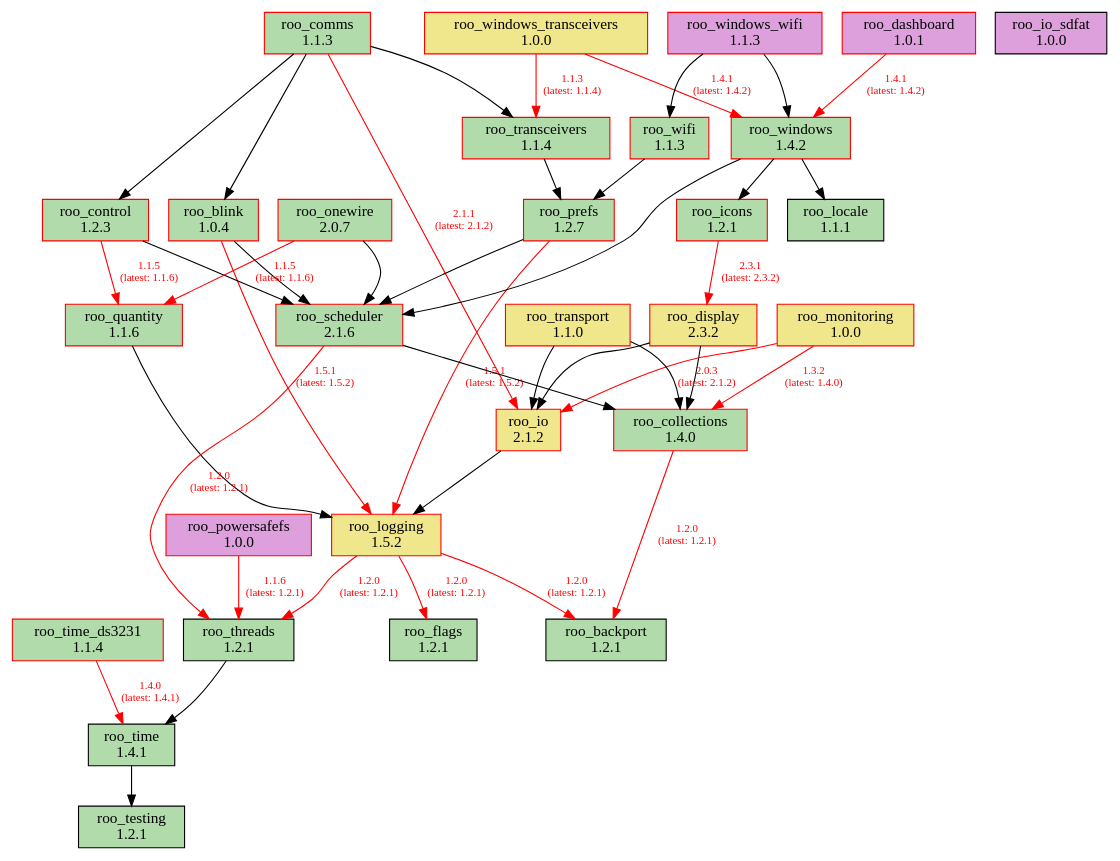
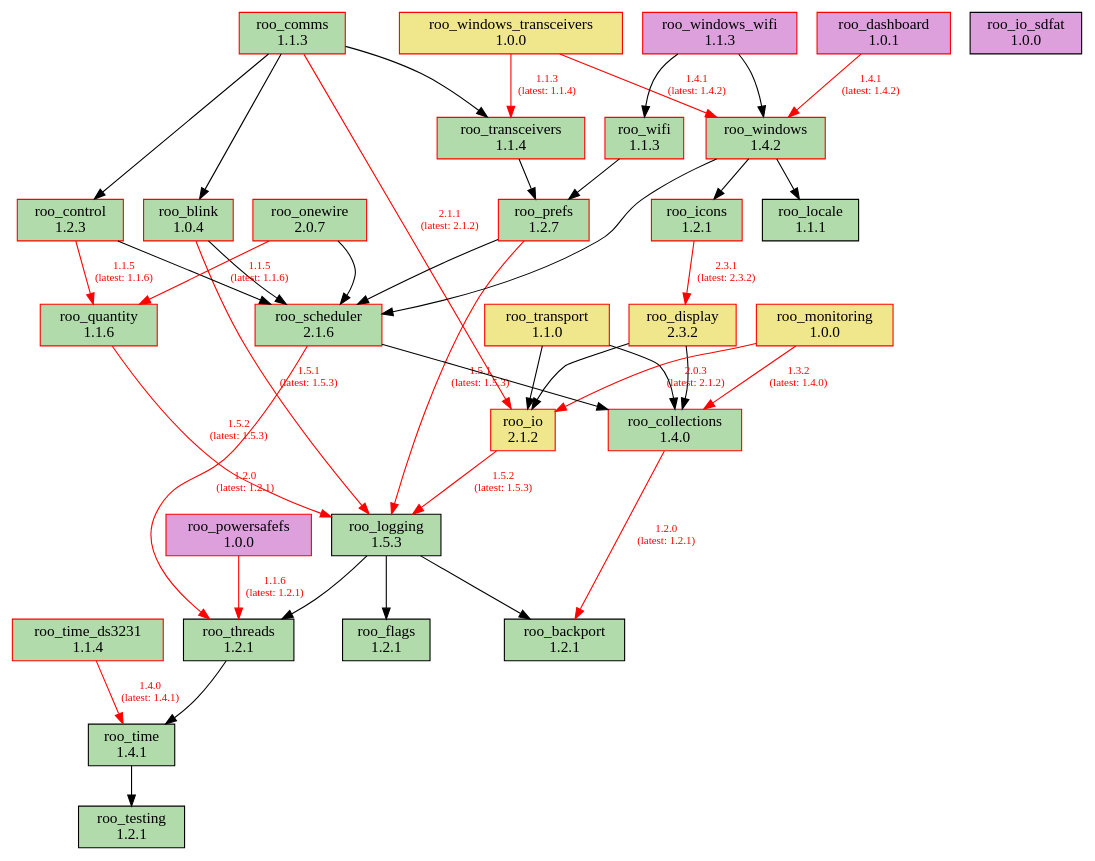
The diagram in doc/dependencies.dot (dejwk/roo-registry), drawn with Graphviz before and after one commit. The commit also changed 3 other files, not shown here.

Commit message:
Added roo_logging 1.5.3 to the registry.

```diff
--- a/doc/dependencies.dot
+++ b/doc/dependencies.dot
@@ -1,79 +1,79 @@
 digraph dependencies {
     rankdir=TB;
     node [shape=box, style=filled];
     edge [fontsize=10];
 
     // Modules
     "roo_backport" [label="roo_backport\n1.2.1", fillcolor="#b1dbab", color="black"];
     "roo_blink" [label="roo_blink\n1.0.4", fillcolor="#b1dbab", color="red"];
     "roo_collections" [label="roo_collections\n1.4.0", fillcolor="#b1dbab", color="red"];
     "roo_comms" [label="roo_comms\n1.1.3", fillcolor="#b1dbab", color="red"];
     "roo_control" [label="roo_control\n1.2.3", fillcolor="#b1dbab", color="red"];
     "roo_dashboard" [label="roo_dashboard\n1.0.1", fillcolor="plum", color="red"];
     "roo_display" [label="roo_display\n2.3.2", fillcolor="khaki", color="red"];
     "roo_flags" [label="roo_flags\n1.2.1", fillcolor="#b1dbab", color="black"];
     "roo_icons" [label="roo_icons\n1.2.1", fillcolor="#b1dbab", color="red"];
     "roo_io" [label="roo_io\n2.1.2", fillcolor="khaki", color="red"];
     "roo_io_sdfat" [label="roo_io_sdfat\n1.0.0", fillcolor="plum", color="black"];
     "roo_locale" [label="roo_locale\n1.1.1", fillcolor="#b1dbab", color="black"];
-    "roo_logging" [label="roo_logging\n1.5.2", fillcolor="khaki", color="red"];
+    "roo_logging" [label="roo_logging\n1.5.3", fillcolor="#b1dbab", color="black"];
     "roo_monitoring" [label="roo_monitoring\n1.0.0", fillcolor="khaki", color="red"];
     "roo_onewire" [label="roo_onewire\n2.0.7", fillcolor="#b1dbab", color="red"];
     "roo_powersafefs" [label="roo_powersafefs\n1.0.0", fillcolor="plum", color="red"];
     "roo_prefs" [label="roo_prefs\n1.2.7", fillcolor="#b1dbab", color="red"];
     "roo_quantity" [label="roo_quantity\n1.1.6", fillcolor="#b1dbab", color="red"];
     "roo_scheduler" [label="roo_scheduler\n2.1.6", fillcolor="#b1dbab", color="red"];
     "roo_testing" [label="roo_testing\n1.2.1", fillcolor="#b1dbab", color="black"];
     "roo_threads" [label="roo_threads\n1.2.1", fillcolor="#b1dbab", color="black"];
     "roo_time" [label="roo_time\n1.4.1", fillcolor="#b1dbab", color="black"];
     "roo_time_ds3231" [label="roo_time_ds3231\n1.1.4", fillcolor="#b1dbab", color="red"];
     "roo_transceivers" [label="roo_transceivers\n1.1.4", fillcolor="#b1dbab", color="red"];
     "roo_transport" [label="roo_transport\n1.1.0", fillcolor="khaki", color="red"];
     "roo_wifi" [label="roo_wifi\n1.1.3", fillcolor="#b1dbab", color="red"];
     "roo_windows" [label="roo_windows\n1.4.2", fillcolor="#b1dbab", color="red"];
     "roo_windows_transceivers" [label="roo_windows_transceivers\n1.0.0", fillcolor="khaki", color="red"];
     "roo_windows_wifi" [label="roo_windows_wifi\n1.1.3", fillcolor="plum", color="red"];
 
     // Dependencies
-    "roo_blink" -> "roo_logging" [color=red, fontcolor=red, label="1.5.1\n(latest: 1.5.2)"];
+    "roo_blink" -> "roo_logging" [color=red, fontcolor=red, label="1.5.1\n(latest: 1.5.3)"];
     "roo_blink" -> "roo_scheduler";
     "roo_collections" -> "roo_backport" [color=red, fontcolor=red, label="1.2.0\n(latest: 1.2.1)"];
     "roo_comms" -> "roo_blink";
     "roo_comms" -> "roo_control";
     "roo_comms" -> "roo_io" [color=red, fontcolor=red, label="2.1.1\n(latest: 2.1.2)"];
     "roo_comms" -> "roo_transceivers";
     "roo_control" -> "roo_quantity" [color=red, fontcolor=red, label="1.1.5\n(latest: 1.1.6)"];
     "roo_control" -> "roo_scheduler";
     "roo_dashboard" -> "roo_windows" [color=red, fontcolor=red, label="1.4.1\n(latest: 1.4.2)"];
     "roo_display" -> "roo_collections";
     "roo_display" -> "roo_io";
     "roo_icons" -> "roo_display" [color=red, fontcolor=red, label="2.3.1\n(latest: 2.3.2)"];
-    "roo_io" -> "roo_logging";
-    "roo_logging" -> "roo_backport" [color=red, fontcolor=red, label="1.2.0\n(latest: 1.2.1)"];
-    "roo_logging" -> "roo_flags" [color=red, fontcolor=red, label="1.2.0\n(latest: 1.2.1)"];
-    "roo_logging" -> "roo_threads" [color=red, fontcolor=red, label="1.2.0\n(latest: 1.2.1)"];
+    "roo_io" -> "roo_logging" [color=red, fontcolor=red, label="1.5.2\n(latest: 1.5.3)"];
+    "roo_logging" -> "roo_backport";
+    "roo_logging" -> "roo_flags";
+    "roo_logging" -> "roo_threads";
     "roo_monitoring" -> "roo_collections" [color=red, fontcolor=red, label="1.3.2\n(latest: 1.4.0)"];
     "roo_monitoring" -> "roo_io" [color=red, fontcolor=red, label="2.0.3\n(latest: 2.1.2)"];
     "roo_onewire" -> "roo_scheduler";
     "roo_onewire" -> "roo_quantity" [color=red, fontcolor=red, label="1.1.5\n(latest: 1.1.6)"];
     "roo_powersafefs" -> "roo_threads" [color=red, fontcolor=red, label="1.1.6\n(latest: 1.2.1)"];
-    "roo_prefs" -> "roo_logging" [color=red, fontcolor=red, label="1.5.1\n(latest: 1.5.2)"];
+    "roo_prefs" -> "roo_logging" [color=red, fontcolor=red, label="1.5.1\n(latest: 1.5.3)"];
     "roo_prefs" -> "roo_scheduler";
-    "roo_quantity" -> "roo_logging";
+    "roo_quantity" -> "roo_logging" [color=red, fontcolor=red, label="1.5.2\n(latest: 1.5.3)"];
     "roo_scheduler" -> "roo_collections";
     "roo_scheduler" -> "roo_threads" [color=red, fontcolor=red, label="1.2.0\n(latest: 1.2.1)"];
     "roo_threads" -> "roo_time";
     "roo_time" -> "roo_testing";
     "roo_time_ds3231" -> "roo_time" [color=red, fontcolor=red, label="1.4.0\n(latest: 1.4.1)"];
     "roo_transceivers" -> "roo_prefs";
     "roo_transport" -> "roo_collections";
     "roo_transport" -> "roo_io";
     "roo_wifi" -> "roo_prefs";
     "roo_windows" -> "roo_locale";
     "roo_windows" -> "roo_icons";
     "roo_windows" -> "roo_scheduler";
     "roo_windows_transceivers" -> "roo_transceivers" [color=red, fontcolor=red, label="1.1.3\n(latest: 1.1.4)"];
     "roo_windows_transceivers" -> "roo_windows" [color=red, fontcolor=red, label="1.4.1\n(latest: 1.4.2)"];
     "roo_windows_wifi" -> "roo_wifi";
     "roo_windows_wifi" -> "roo_windows";
 }
```
